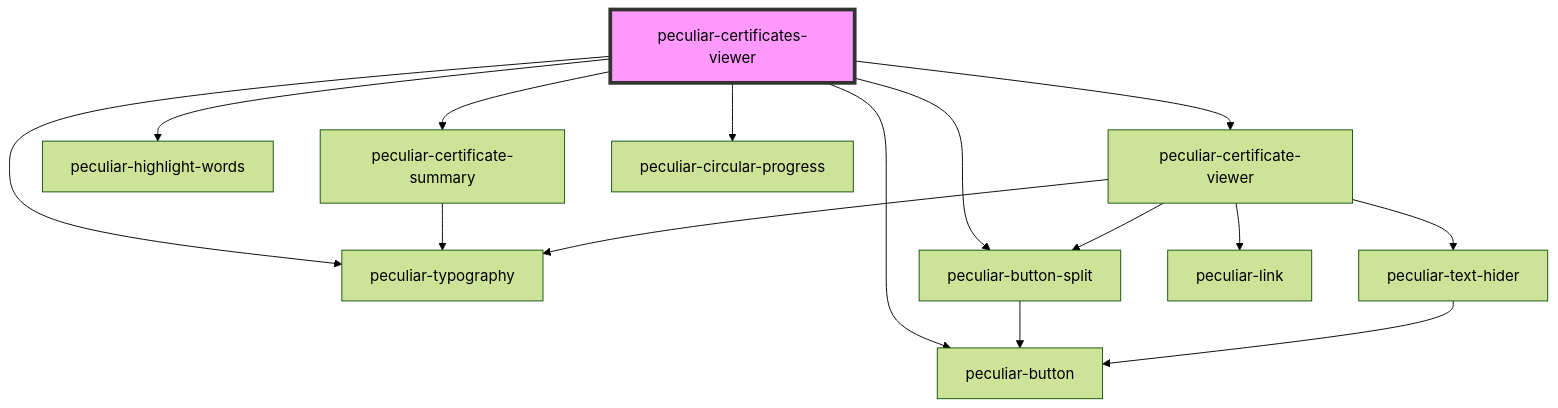
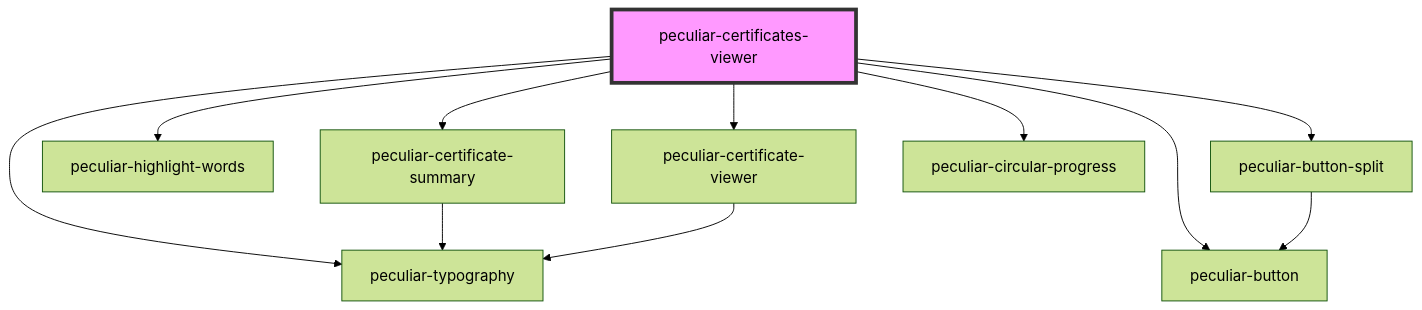
The diagram in packages/webcomponents/src/components/certificates-viewer/readme.md (PeculiarVentures/pv-certificates-viewer), drawn with Mermaid (forest theme) before and after one commit. The commit also changed 76 other files, not shown here.

````diff
--- a/packages/webcomponents/src/components/certificates-viewer/readme.md
+++ b/packages/webcomponents/src/components/certificates-viewer/readme.md
@@ -46,18 +46,14 @@
 ```mermaid
 graph TD;
   peculiar-certificates-viewer --> peculiar-certificate-summary
   peculiar-certificates-viewer --> peculiar-button
   peculiar-certificates-viewer --> peculiar-typography
   peculiar-certificates-viewer --> peculiar-highlight-words
   peculiar-certificates-viewer --> peculiar-button-split
   peculiar-certificates-viewer --> peculiar-certificate-viewer
   peculiar-certificates-viewer --> peculiar-circular-progress
   peculiar-certificate-summary --> peculiar-typography
   peculiar-button-split --> peculiar-button
   peculiar-certificate-viewer --> peculiar-typography
-  peculiar-certificate-viewer --> peculiar-text-hider
-  peculiar-certificate-viewer --> peculiar-link
-  peculiar-certificate-viewer --> peculiar-button-split
-  peculiar-text-hider --> peculiar-button
   style peculiar-certificates-viewer fill:#f9f,stroke:#333,stroke-width:4px
 ```
````
